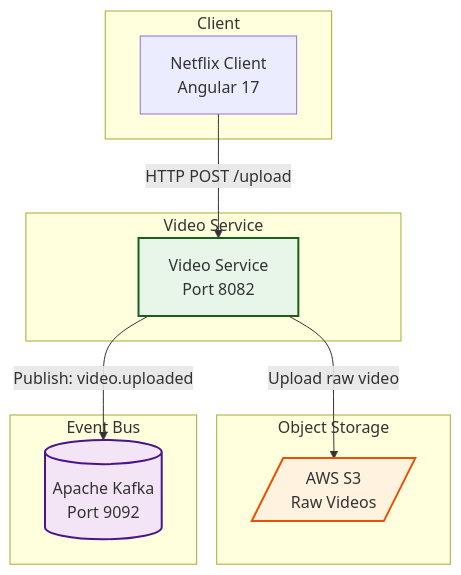
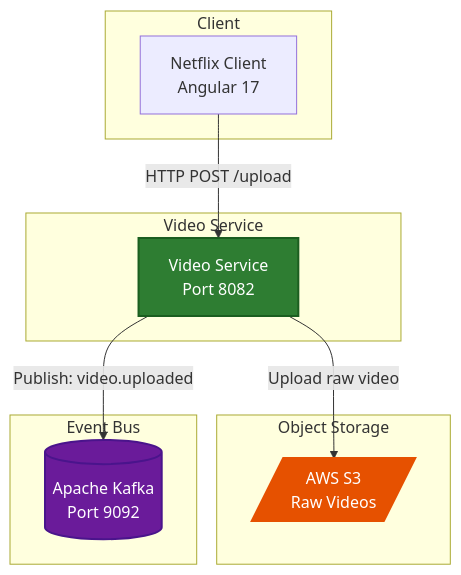
Before and after one commit to PagarciaSima/Netflix-Streaming-Spring-Boot-Micro-services: the diagram in video-service/README.md, drawn with Mermaid. The commit also changed 5 other files, not shown here.

Commit message:
readme, adjusting mermaid contrast

````diff
--- a/video-service/README.md
+++ b/video-service/README.md
@@ -24,30 +24,30 @@
 ```mermaid
 graph TB
     subgraph Client
         NG[Netflix Client<br/>Angular 17]
     end
 
     subgraph Video_Service[Video Service]
         VS[Video Service<br/>Port 8082]
     end
 
     subgraph Storage[Object Storage]
         S3[/AWS S3<br/>Raw Videos/]
     end
 
     subgraph Event_Bus[Event Bus]
         KAFKA[(Apache Kafka<br/>Port 9092)]
     end
 
     NG -->|HTTP POST /upload| VS
     VS -->|Upload raw video| S3
     VS -->|Publish: video.uploaded| KAFKA
 
-    classDef service fill:#e8f5e9,stroke:#1b5e20,stroke-width:2px
-    classDef storage fill:#fff3e0,stroke:#e65100,stroke-width:2px
-    classDef messaging fill:#f3e5f5,stroke:#4a148c,stroke-width:2px
+    classDef service fill:#2e7d32,color:#ffffff,stroke:#1b5e20,stroke-width:2px
+    classDef storage fill:#e65100,color:#ffffff,stroke:#e65100,stroke-width:2px
+    classDef messaging fill:#6a1b9a,color:#ffffff,stroke:#4a148c,stroke-width:2px
 
     class VS service
     class S3 storage
     class KAFKA messaging
 ```
````
